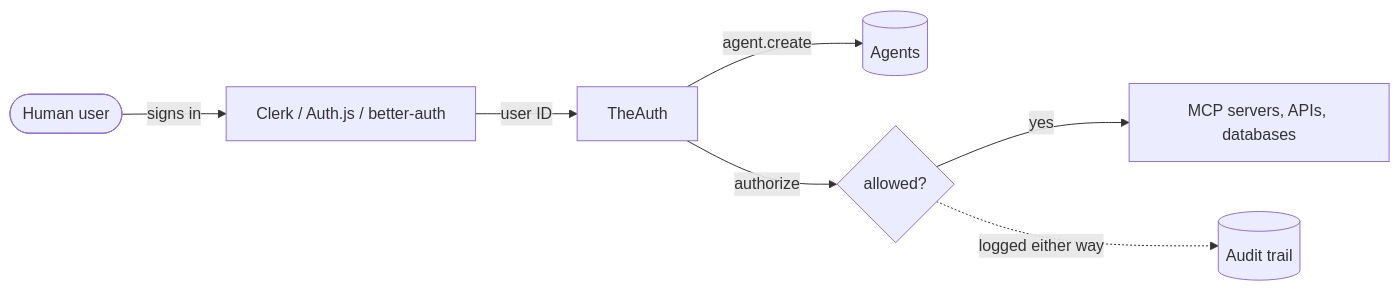
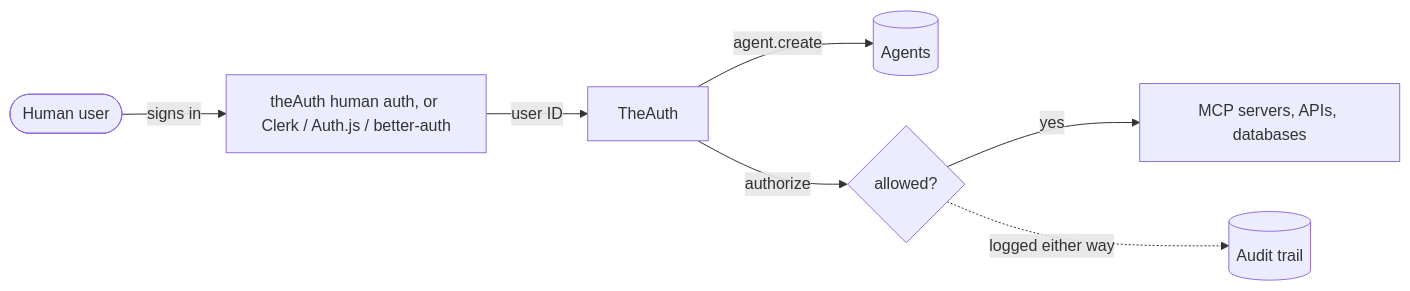
One commit to glincker/theauth changed the diagram in docs/index.mdx. Above: the diagram before and after it, drawn with Mermaid. The commit also changed other lines of this file and 4 other files, not shown here.

Commit message:
docs: rewrite index and quickstart around agent auth and human auth tracks; document emailPassword plugin; remove dashes

````diff
--- a/docs/index.mdx
+++ b/docs/index.mdx
@@ -76,9 +105,9 @@
 ```mermaid
 flowchart LR
-  User([Human user]) -->|signs in| HumanAuth[Clerk / Auth.js / better-auth]
+  User([Human user]) -->|signs in| HumanAuth[theAuth human auth, or Clerk / Auth.js / better-auth]
   HumanAuth -->|user ID| TheAuth[TheAuth]
   TheAuth -->|agent.create| Agents[(Agents)]
   TheAuth -->|authorize| Decision{allowed?}
   Decision -->|yes| Tools[MCP servers, APIs, databases]
   Decision -.->|logged either way| Audit[(Audit trail)]
 ```
````
